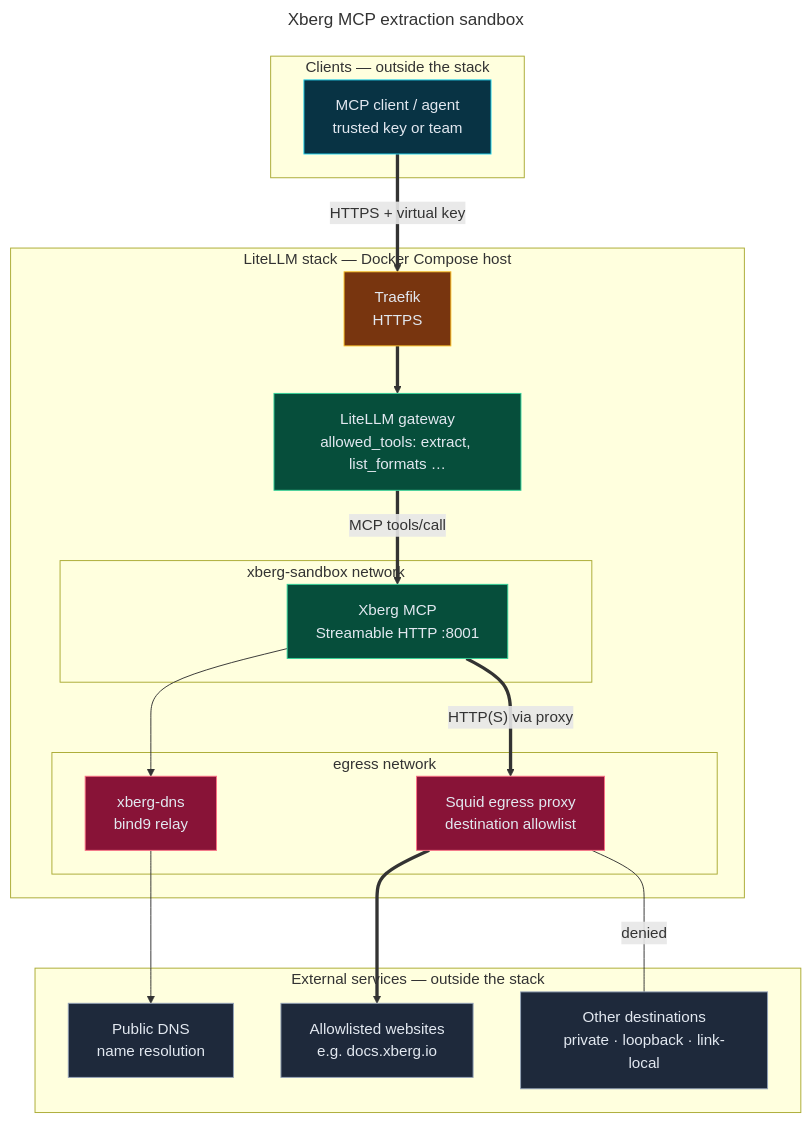
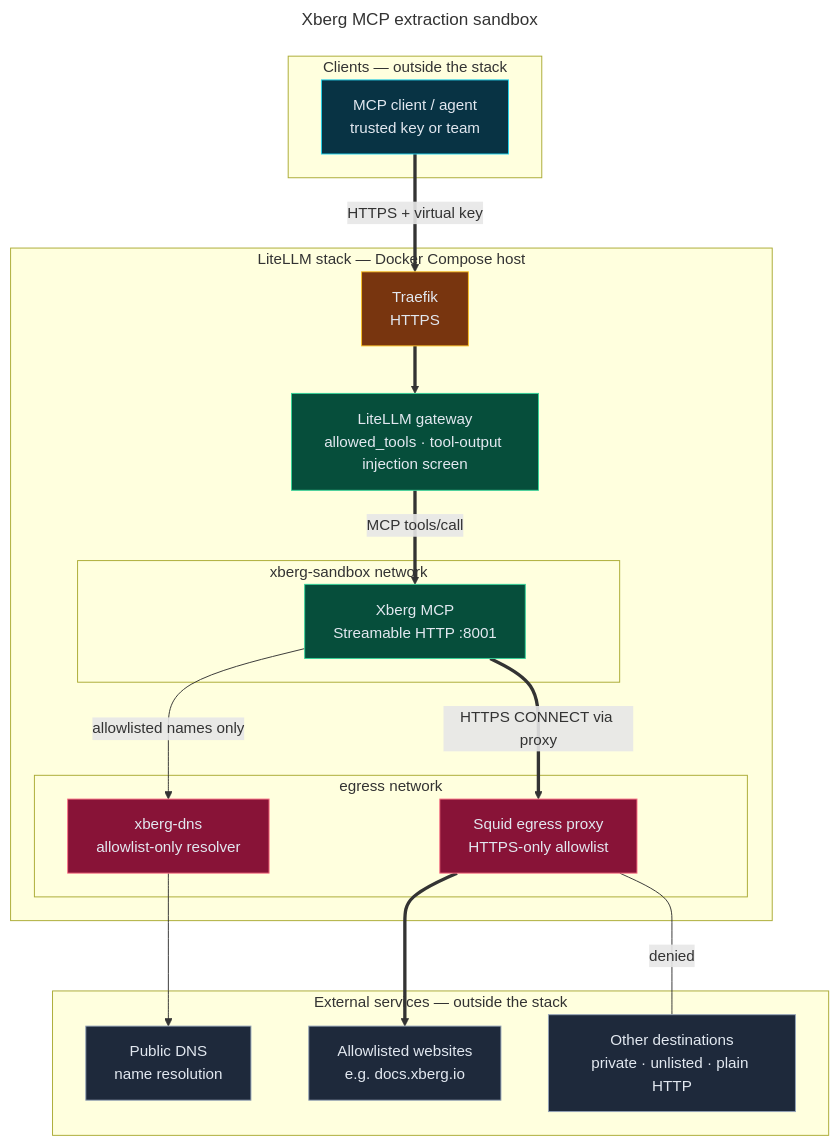
One commit to bella-1337/effective-spoon changed the diagram in diagrams/06-xberg-mcp-sandbox.mmd. Above: the diagram before and after it, drawn with Mermaid. The commit also changed 28 other files, not shown here.

```diff
--- a/diagrams/06-xberg-mcp-sandbox.mmd
+++ b/diagrams/06-xberg-mcp-sandbox.mmd
@@ -1,54 +1,54 @@
 ---
 title: Xberg MCP extraction sandbox
 ---
 flowchart TD
   %% Source for 06-xberg-mcp-sandbox.html. Edit this file, then run ./scripts/render-diagrams.py.
   %% Directives: docs in diagrams/README.md (Updating diagrams).
   %% @mode architecture
   %% @subtitle LiteLLM is the authentication boundary; Xberg fetches remote documents only through an allowlisting proxy
-  %% @card cyan | Request path | Clients call /mcp-rest/tools/call on LiteLLM, never Xberg directly | Only extract, detect_mime_type, get_version, and list_formats are exposed | Cache mutation and warming tools stay hidden
-  %% @card violet | Sandbox | Xberg has no route to the internal network or the Internet | It has no published host port | In dev, extraction results can feed opt-in pgvector auto-indexing
-  %% @card rose | Egress control | Squid denies private, loopback, link-local, and unlisted hosts | Review every change to security/xberg-egress-allowlist.txt | Xberg is a server-side fetcher — grant MCP access only to trusted keys
+  %% @card cyan | Request path | Clients call /mcp-rest/tools/call on LiteLLM, never Xberg directly | Only extract, detect_mime_type, get_version, and list_formats are exposed | Explicit injection phrases in tool results are redacted before return
+  %% @card violet | Sandbox | Xberg has no route to the internal network or the Internet | Local paths and file:// URIs are disabled; only uploads and allowlisted URLs | In dev, extraction results can feed opt-in pgvector auto-indexing
+  %% @card rose | Egress control | Squid allows HTTPS CONNECT to allowlisted hosts only and denies private ranges | xberg-dns answers NXDOMAIN for every unlisted name, so lookups cannot exfiltrate data | Keep the proxy, DNS, and Xberg allowlists aligned; grant MCP access only to trusted keys
   %% @tier 0: AG
   %% @tier 1: TR
   %% @tier 2: LL
   %% @tier 3: XB
   %% @tier 4: DNS SQ
   %% @tier 5: PDNS ALW BLK
   %% @journey #22d3ee: AG TR LL XB SQ ALW
   %% @journey #fb7185: XB DNS PDNS
 
   subgraph CL["Clients — outside the stack"]
     AG["MCP client / agent<br/>trusted key or team"]:::frontend
   end
   subgraph ST["LiteLLM stack — Docker Compose host"]
     TR["Traefik<br/>HTTPS"]:::cloud
-    LL["LiteLLM gateway<br/>allowed_tools: extract, list_formats …"]:::backend
+    LL["LiteLLM gateway<br/>allowed_tools · tool-output injection screen"]:::backend
     subgraph SBX["xberg-sandbox network"]
       XB["Xberg MCP<br/>Streamable HTTP :8001"]:::backend
     end
     subgraph EGR["egress network"]
-      DNS["xberg-dns<br/>bind9 relay"]:::security
-      SQ["Squid egress proxy<br/>destination allowlist"]:::security
+      DNS["xberg-dns<br/>allowlist-only resolver"]:::security
+      SQ["Squid egress proxy<br/>HTTPS-only allowlist"]:::security
     end
   end
   subgraph EX["External services — outside the stack"]
     PDNS["Public DNS<br/>name resolution"]:::external
     ALW["Allowlisted websites<br/>e.g. docs.xberg.io"]:::external
-    BLK["Other destinations<br/>private · loopback · link-local"]:::external
+    BLK["Other destinations<br/>private · unlisted · plain HTTP"]:::external
   end
 
   AG ==>|"HTTPS + virtual key"| TR
   TR ==> LL
   LL ==>|"MCP tools/call"| XB
-  XB --> DNS
-  XB ==>|"HTTP(S) via proxy"| SQ
+  XB -->|"allowlisted names only"| DNS
+  XB ==>|"HTTPS CONNECT via proxy"| SQ
   DNS --> PDNS
   SQ ==> ALW
   SQ ---|"denied"| BLK
 
   classDef backend fill:#064e3b,stroke:#34d399,color:#e2e8f0
   classDef cloud fill:#78350f,stroke:#fbbf24,color:#e2e8f0
   classDef external fill:#1e293b,stroke:#94a3b8,color:#e2e8f0
   classDef frontend fill:#083344,stroke:#22d3ee,color:#e2e8f0
   classDef security fill:#881337,stroke:#fb7185,color:#e2e8f0
```
